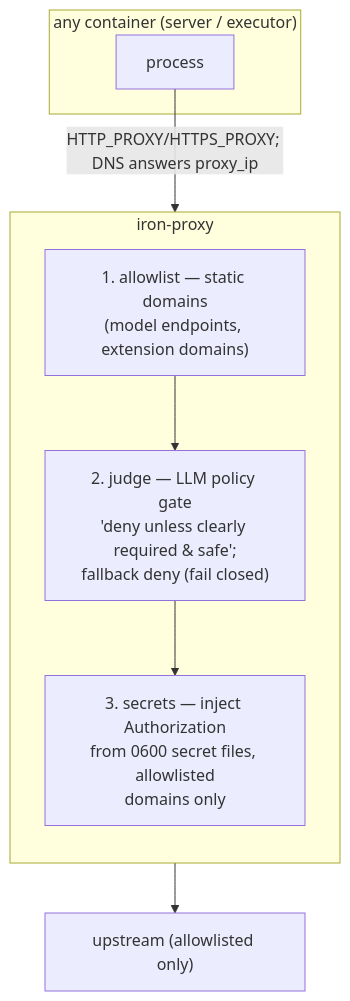
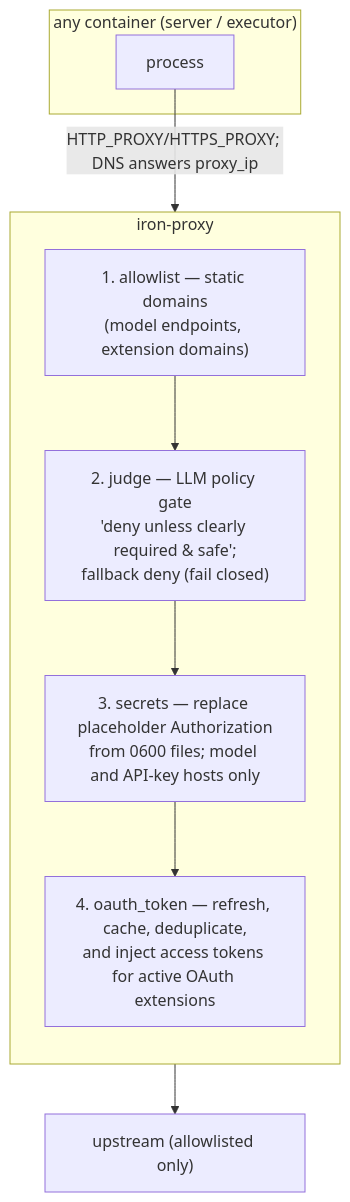
One commit to serrrfirat/bottega changed the fourth of 15 diagrams in architecture.md. Above: the diagram before and after it, drawn with Mermaid. The commit also changed other lines of this file and 26 other files, not shown here.

````diff
--- a/architecture.md
+++ b/architecture.md
@@ -113,15 +113,16 @@
 ```mermaid
 flowchart TD
     subgraph container["any container (server / executor)"]
         APP["process"]
     end
     APP -- "HTTP_PROXY/HTTPS_PROXY; DNS answers proxy_ip" --> PXY
     subgraph PXY["iron-proxy"]
         direction TB
         T1["1. allowlist — static domains<br/>(model endpoints, extension domains)"]
         T2["2. judge — LLM policy gate<br/>'deny unless clearly required & safe';<br/>fallback deny (fail closed)"]
-        T3["3. secrets — inject Authorization<br/>from 0600 secret files, allowlisted<br/>domains only"]
-        T1 --> T2 --> T3
+        T3["3. secrets — replace placeholder Authorization<br/>from 0600 files; model and API-key hosts only"]
+        T4["4. oauth_token — refresh, cache, deduplicate,<br/>and inject access tokens for active OAuth extensions"]
+        T1 --> T2 --> T3 --> T4
     end
-    T3 --> UP["upstream (allowlisted only)"]
+    T4 --> UP["upstream (allowlisted only)"]
 ```
````
